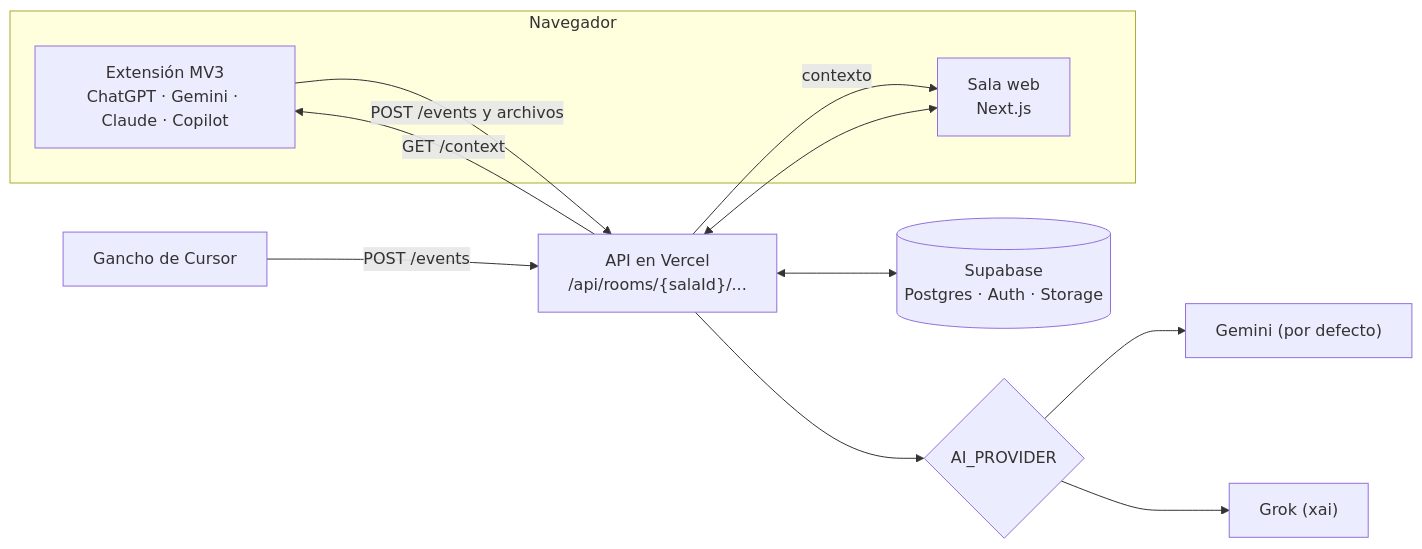
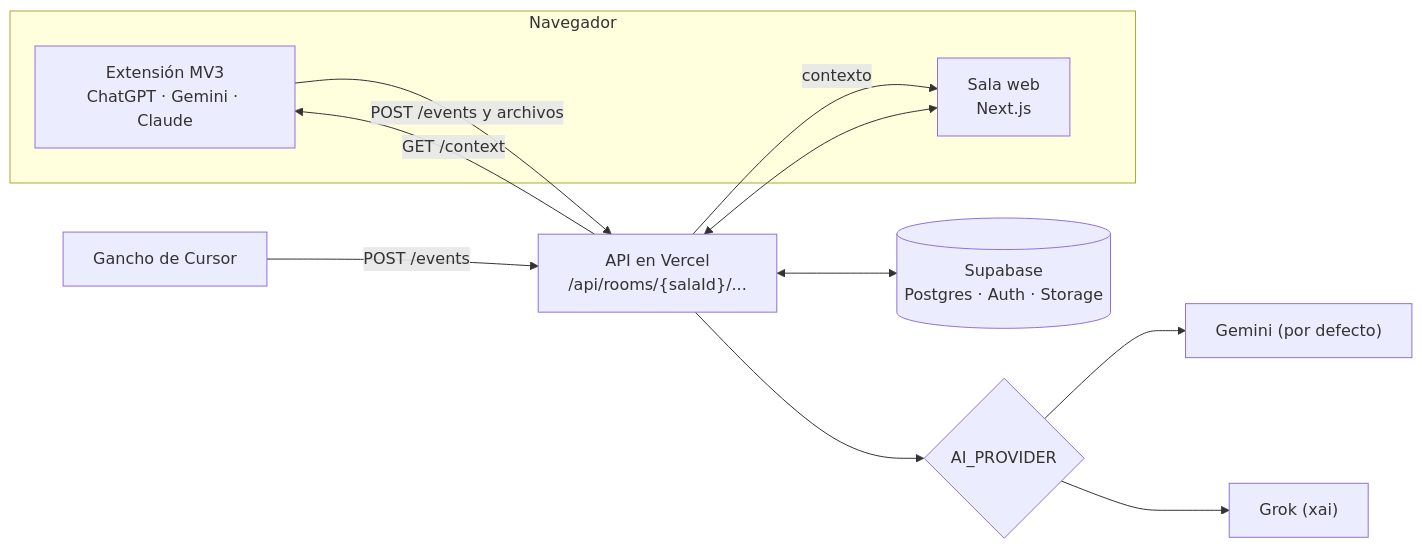
The diagram in README.md (julissb51-cell/HackaTOB), drawn with Mermaid before and after one commit. The commit also changed other lines of this file and 3 other files, not shown here.

````diff
--- a/README.md
+++ b/README.md
@@ -63,23 +63,23 @@
 ```mermaid
 flowchart LR
   subgraph Navegador
-    ext["Extensión MV3<br/>ChatGPT · Gemini · Claude · Copilot"]
+    ext["Extensión MV3<br/>ChatGPT · Gemini · Claude"]
     web["Sala web<br/>Next.js"]
   end
   cursor["Gancho de Cursor"]
   api["API en Vercel<br/>/api/rooms/{salaId}/..."]
   db[("Supabase<br/>Postgres · Auth · Storage")]
   ai{"AI_PROVIDER"}
   gemini["Gemini (por defecto)"]
   grok["Grok (xai)"]
 
   ext -- "POST /events y archivos" --> api
   cursor -- "POST /events" --> api
   web <--> api
   api <--> db
   api --> ai
   ai --> gemini
   ai --> grok
   api -- "GET /context" --> ext
   api -- "contexto" --> web
 ```
````
